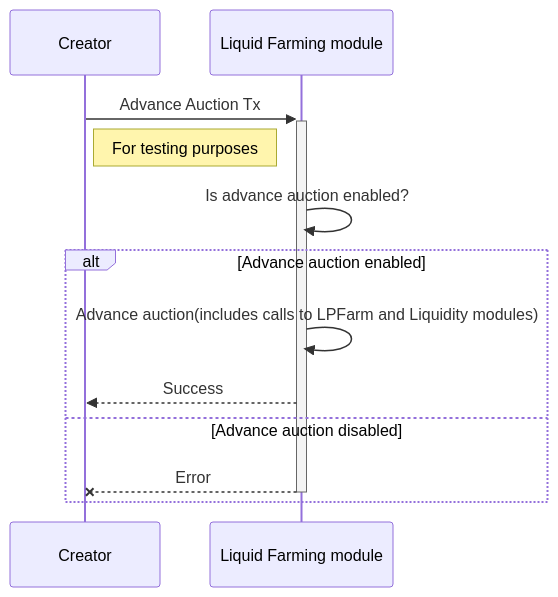
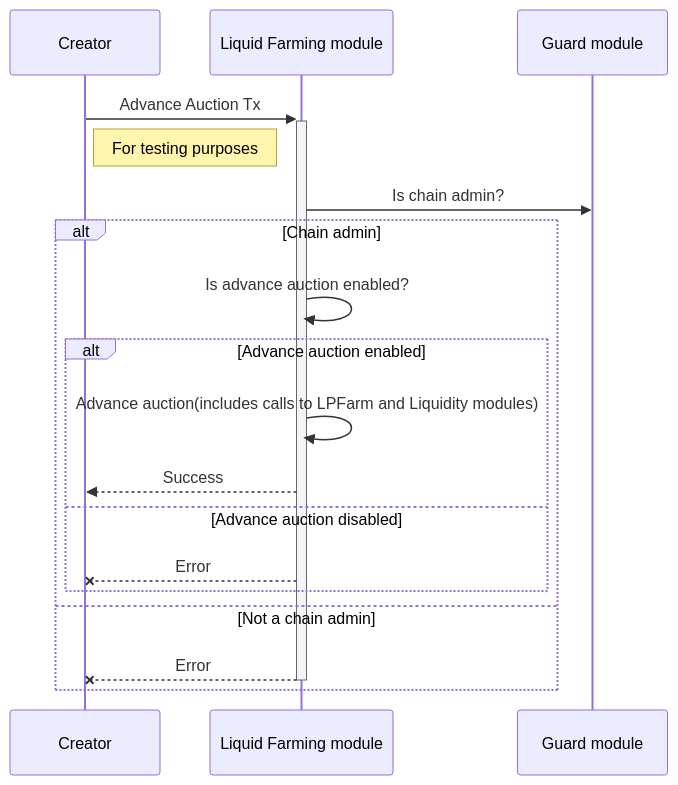
The sixth of 6 diagrams in x/liquidfarming/spec/08_txs_flows.md (MANTRA-Chain/mantrachain), drawn with Mermaid before and after one commit. The commit also changed other lines of this file and 45 other files, not shown here.

````diff
--- a/x/liquidfarming/spec/08_txs_flows.md
+++ b/x/liquidfarming/spec/08_txs_flows.md
@@ -75,12 +85,17 @@
 ```mermaid
 sequenceDiagram
 Creator->>+Liquid Farming module: Advance Auction Tx
 Note left of Liquid Farming module: For testing purposes
-Liquid Farming module->>Liquid Farming module: Is advance auction enabled?
-alt Advance auction enabled
-  Liquid Farming module->>Liquid Farming module: Advance auction(includes calls to LPFarm and Liquidity modules)
-  Liquid Farming module-->>Creator: Success
-else Advance auction disabled
+Liquid Farming module->>Guard module: Is chain admin?
+alt Chain admin
+  Liquid Farming module->>Liquid Farming module: Is advance auction enabled?
+  alt Advance auction enabled
+    Liquid Farming module->>Liquid Farming module: Advance auction(includes calls to LPFarm and Liquidity modules)
+    Liquid Farming module-->>Creator: Success
+  else Advance auction disabled
+    Liquid Farming module--xCreator: Error
+  end
+else Not a chain admin
   Liquid Farming module--x-Creator: Error
 end
 ```
````
